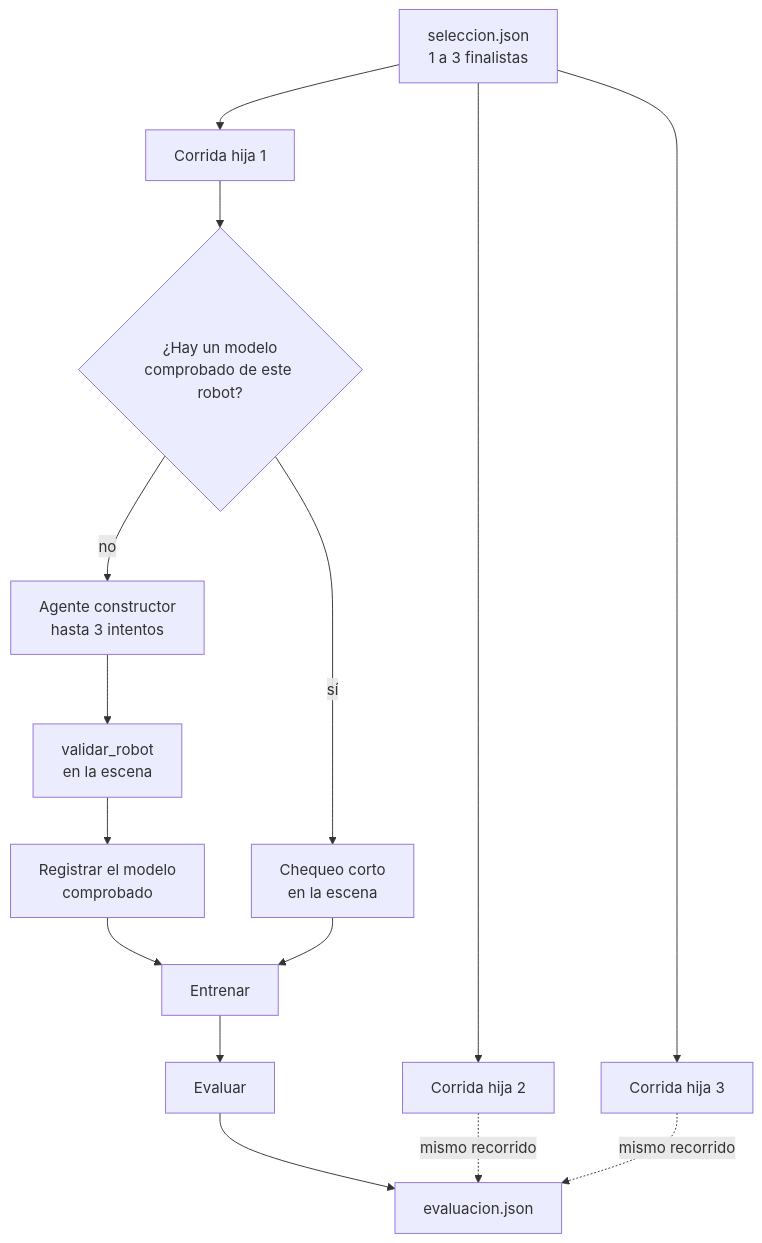
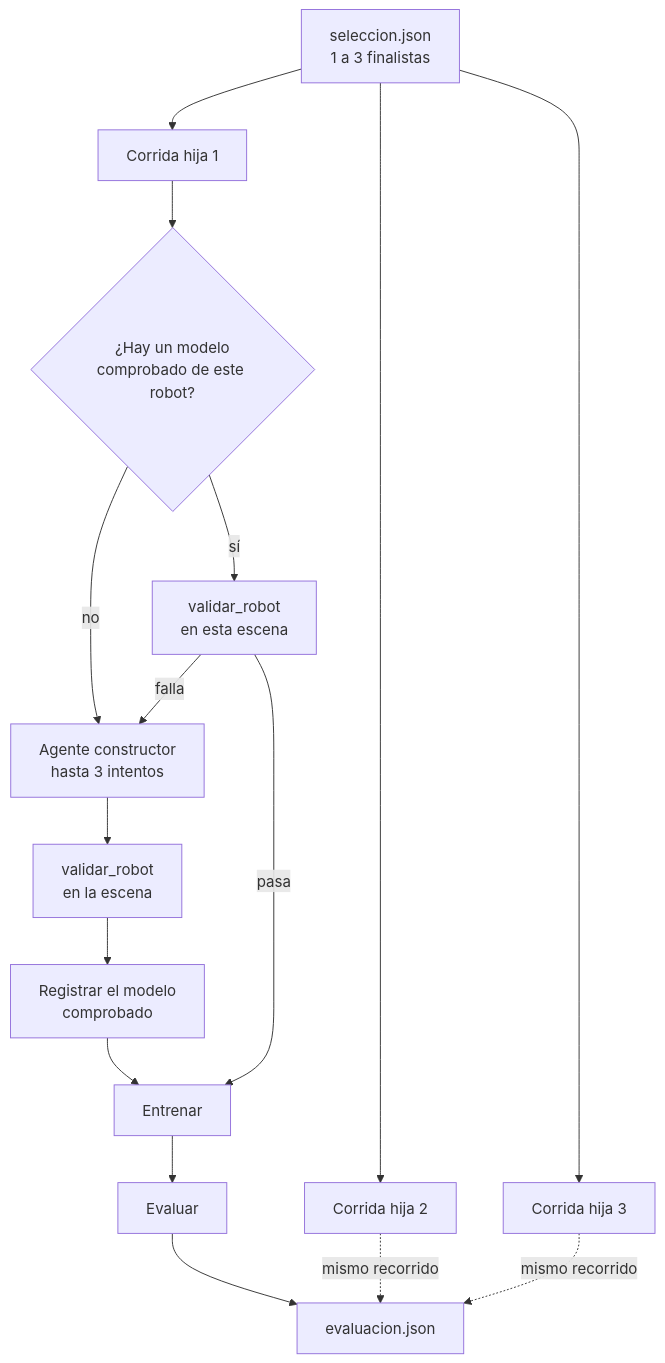
Before and after one commit to platanus-hack/platanus-hack-26-cl-team-4: the fifth of 7 diagrams in docs/agentes/seleccion-robot-flujo.md, drawn with Mermaid. The commit also changed other lines of this file and 5 other files, not shown here.

````diff
--- a/docs/agentes/seleccion-robot-flujo.md
+++ b/docs/agentes/seleccion-robot-flujo.md
@@ -97,17 +97,18 @@
 ```mermaid
 flowchart TD
   S["seleccion.json<br/>1 a 3 finalistas"] --> H1["Corrida hija 1"]
   S --> H2["Corrida hija 2"]
   S --> H3["Corrida hija 3"]
   H1 --> M{"¿Hay un modelo<br/>comprobado de este robot?"}
   M -->|no| CON["Agente constructor<br/>hasta 3 intentos"]
   CON --> VAL["validar_robot<br/>en la escena"]
   VAL --> REG["Registrar el modelo<br/>comprobado"]
-  M -->|sí| CHK["Chequeo corto<br/>en la escena"]
+  M -->|sí| CHK["validar_robot<br/>en esta escena"]
   REG --> ENT["Entrenar"]
-  CHK --> ENT
+  CHK -->|pasa| ENT
+  CHK -->|falla| CON
   ENT --> EV["Evaluar"]
   EV --> J[evaluacion.json]
   H2 -.->|"mismo recorrido"| J
   H3 -.->|"mismo recorrido"| J
 ```
````
